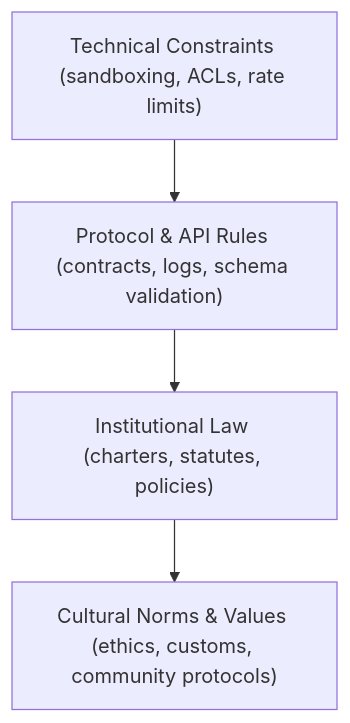
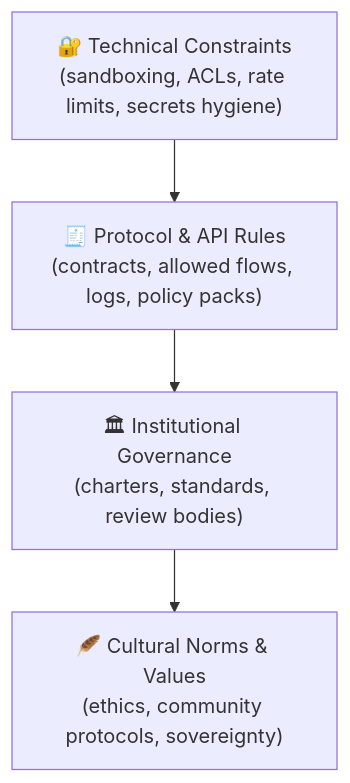
One commit to bartytime4life/Kansas-Frontier-Matrix changed the first of 3 diagrams in docs/standards/ai-law-coevolution.md. Above: the diagram before and after it, drawn with Mermaid. The commit also changed other lines of this file, not shown here.

````diff
--- a/docs/standards/ai-law-coevolution.md
+++ b/docs/standards/ai-law-coevolution.md
@@ -372,6 +319,6 @@
 ```mermaid
 flowchart TD
-    A["Technical Constraints (sandboxing, ACLs, rate limits)"] --> B["Protocol & API Rules (contracts, logs, schema validation)"]
-    B --> C["Institutional Law (charters, statutes, policies)"]
-    C --> D["Cultural Norms & Values (ethics, customs, community protocols)"]
+    A["🔐 Technical Constraints<br/>(sandboxing, ACLs, rate limits, secrets hygiene)"] --> B["🧾 Protocol & API Rules<br/>(contracts, allowed flows, logs, policy packs)"]
+    B --> C["🏛 Institutional Governance<br/>(charters, standards, review bodies)"]
+    C --> D["🪶 Cultural Norms & Values<br/>(ethics, community protocols, sovereignty)"]
 ```
````
